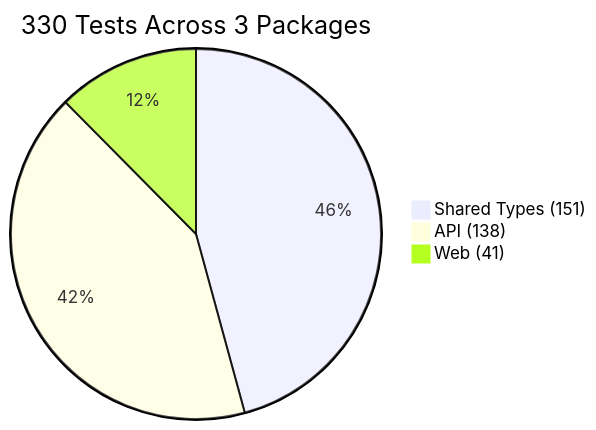
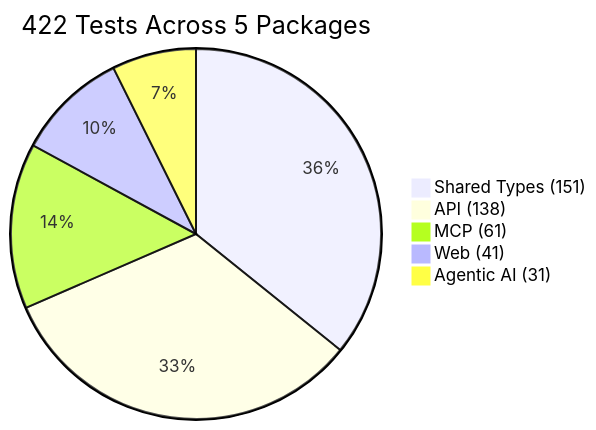
The sixth of 6 diagrams in README.md (Anto1712/WealthWise-Finance-Tracker), drawn with Mermaid before and after one commit. The commit also changed other lines of this file and 9 other files, not shown here.

````diff
--- a/README.md
+++ b/README.md
@@ -704,6 +802,8 @@
 ```mermaid
-pie title 330 Tests Across 3 Packages
+pie title 422 Tests Across 5 Packages
     "Shared Types (151)" : 151
     "API (138)" : 138
+    "MCP (61)" : 61
     "Web (41)" : 41
+    "Agentic AI (31)" : 31
 ```
````
